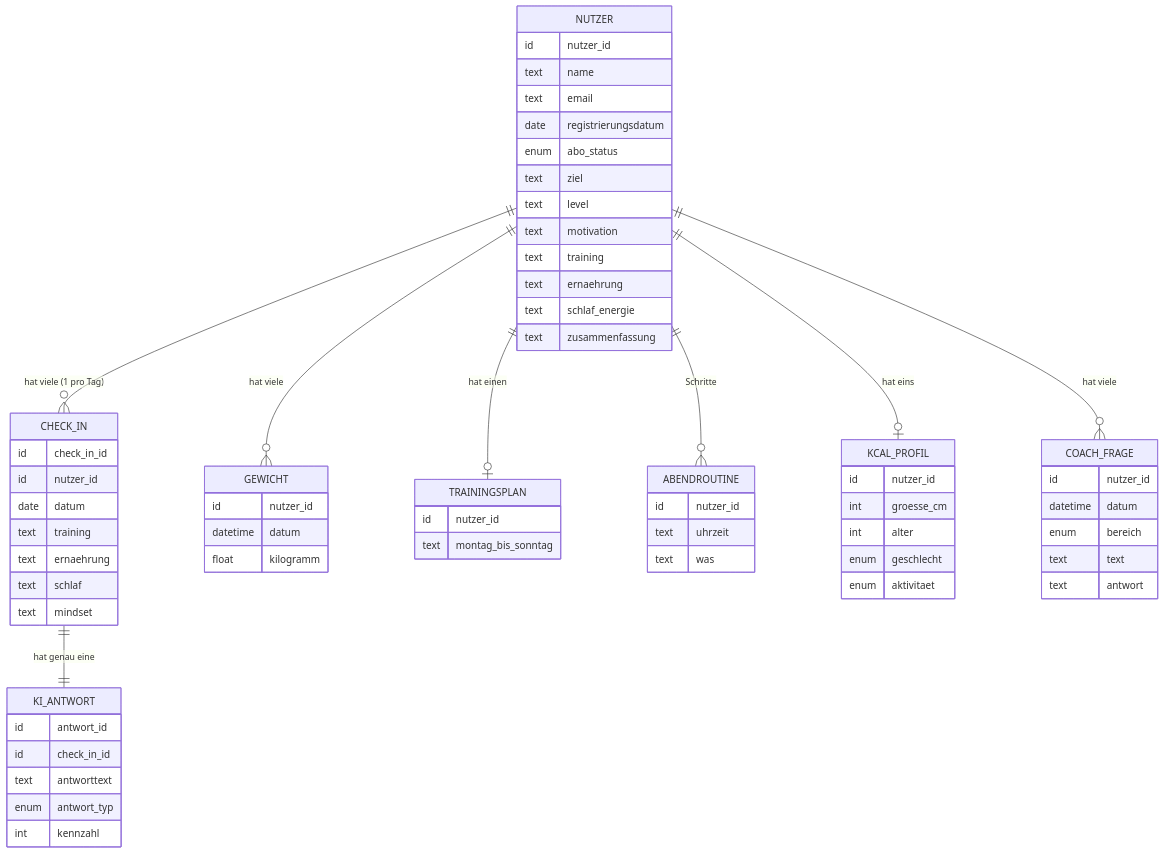
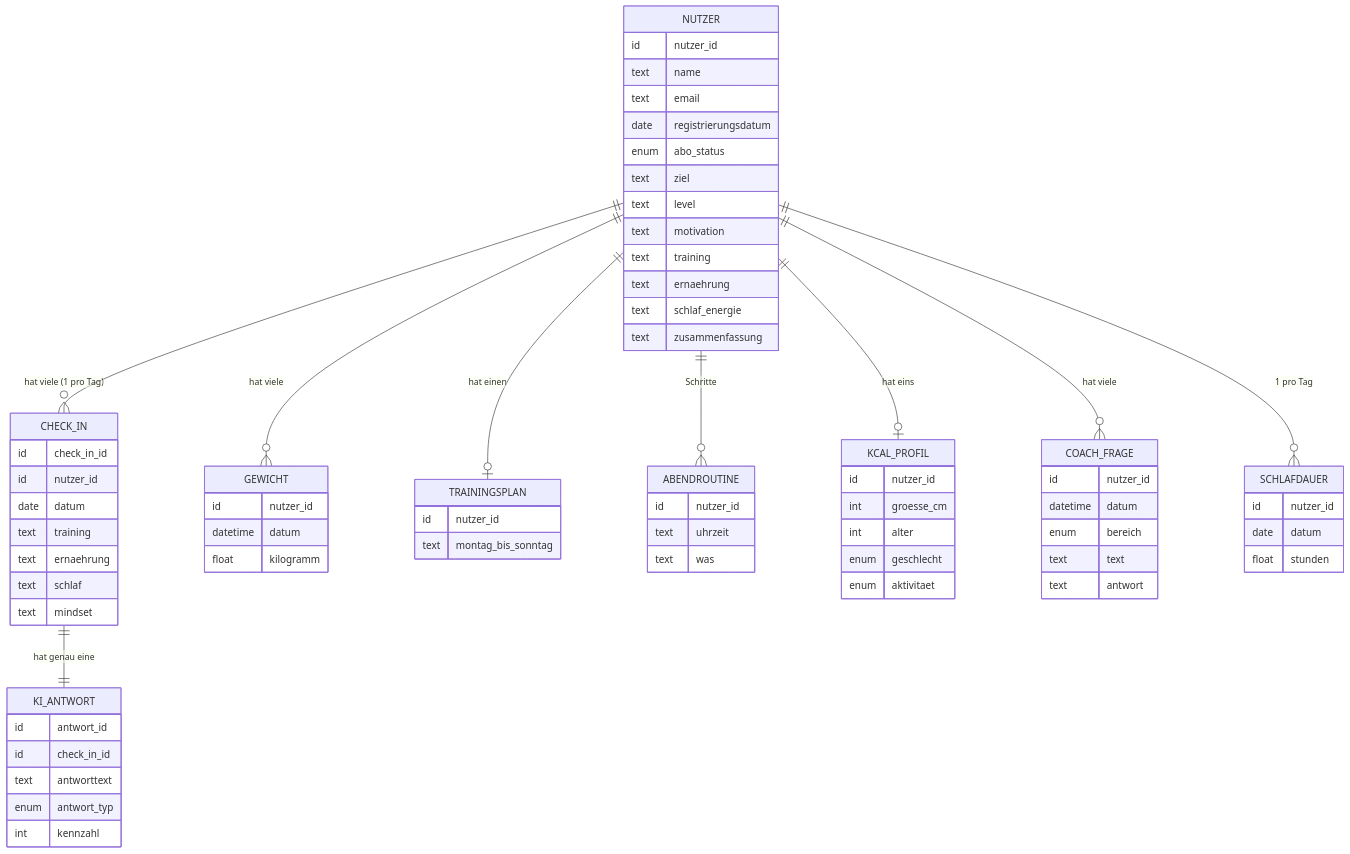
The diagram in Datenstruktur/Datenmodell.md (phillipzxk/App), drawn with Mermaid before and after one commit. The commit also changed other lines of this file and 11 other files, not shown here.

````diff
--- a/Datenstruktur/Datenmodell.md
+++ b/Datenstruktur/Datenmodell.md
@@ -12,68 +12,74 @@
 ```mermaid
 erDiagram
     NUTZER ||--o{ CHECK_IN : "hat viele (1 pro Tag)"
     CHECK_IN ||--|| KI_ANTWORT : "hat genau eine"
     NUTZER ||--o{ GEWICHT : "hat viele"
     NUTZER ||--o| TRAININGSPLAN : "hat einen"
     NUTZER ||--o{ ABENDROUTINE : "Schritte"
     NUTZER ||--o| KCAL_PROFIL : "hat eins"
     NUTZER ||--o{ COACH_FRAGE : "hat viele"
+    NUTZER ||--o{ SCHLAFDAUER : "1 pro Tag"
     NUTZER {
         id nutzer_id
         text name
         text email
         date registrierungsdatum
         enum abo_status
         text ziel
         text level
         text motivation
         text training
         text ernaehrung
         text schlaf_energie
         text zusammenfassung
     }
     CHECK_IN {
         id check_in_id
         id nutzer_id
         date datum
         text training
         text ernaehrung
         text schlaf
         text mindset
     }
     GEWICHT {
         id nutzer_id
         datetime datum
         float kilogramm
     }
     TRAININGSPLAN {
         id nutzer_id
         text montag_bis_sonntag
     }
     ABENDROUTINE {
         id nutzer_id
         text uhrzeit
         text was
     }
     KCAL_PROFIL {
         id nutzer_id
         int groesse_cm
         int alter
         enum geschlecht
         enum aktivitaet
     }
+    SCHLAFDAUER {
+        id nutzer_id
+        date datum
+        float stunden
+    }
     COACH_FRAGE {
         id nutzer_id
         datetime datum
         enum bereich
         text text
         text antwort
     }
     KI_ANTWORT {
         id antwort_id
         id check_in_id
         text antworttext
         enum antwort_typ
         int kennzahl
     }
 ```
````
